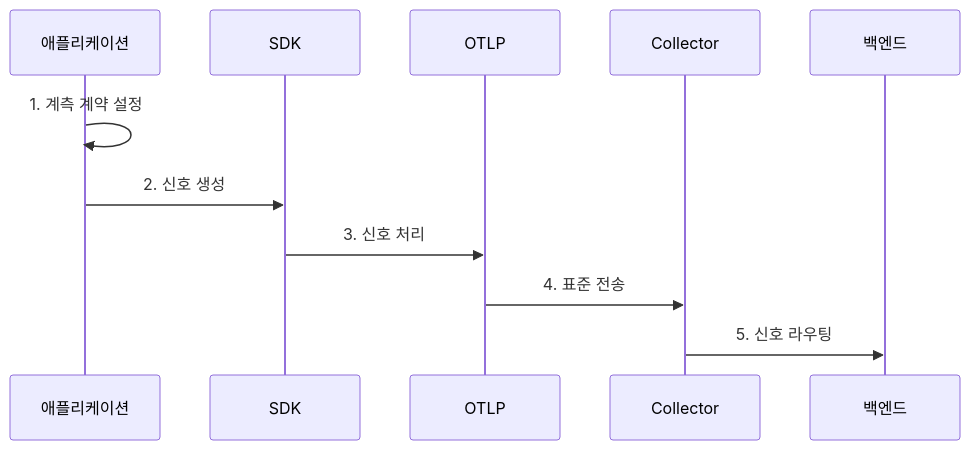
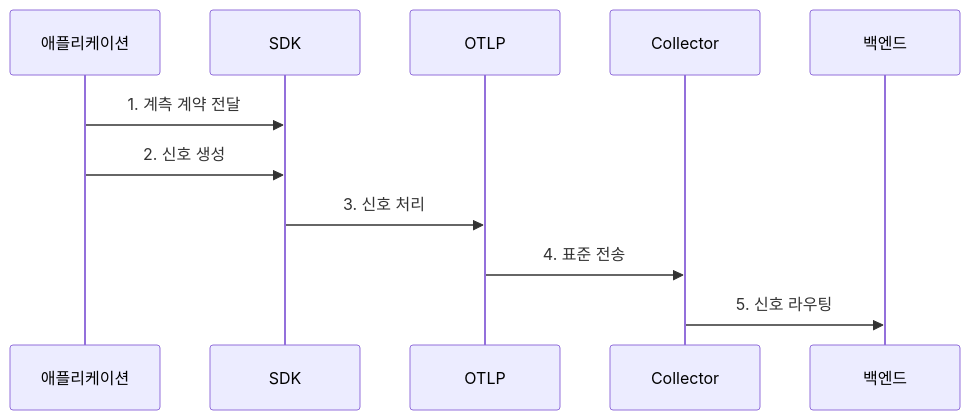
One commit to agnusdei1207/knowledge-base changed the second of 2 diagrams in src/content/docs/notes/08-latest-tech/170_opentelemetry.md. Above: the diagram before and after it, drawn with Mermaid. The commit also changed other lines of this file and 228 other files, not shown here.

````diff
--- a/src/content/docs/notes/08-latest-tech/170_opentelemetry.md
+++ b/src/content/docs/notes/08-latest-tech/170_opentelemetry.md
@@ -79,13 +79,13 @@
 ```mermaid
 sequenceDiagram
   participant A as 애플리케이션
   participant S as SDK
   participant P as OTLP
   participant C as Collector
   participant B as 백엔드
-  A->>A: 1. 계측 계약 설정
+  A->>S: 1. 계측 계약 전달
   A->>S: 2. 신호 생성
   S->>P: 3. 신호 처리
   P->>C: 4. 표준 전송
   C->>B: 5. 신호 라우팅
 ```
````
